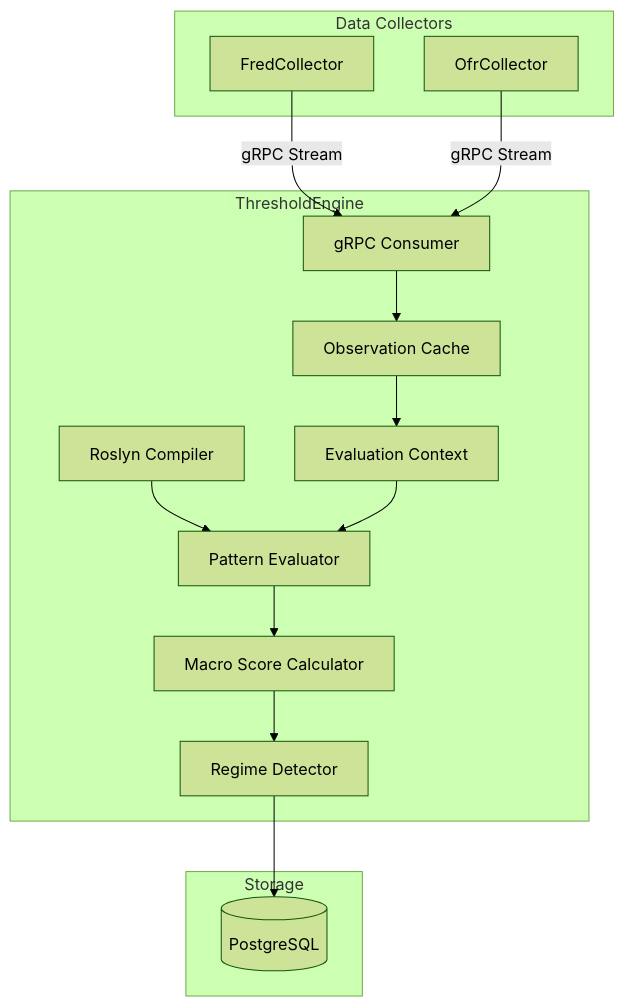
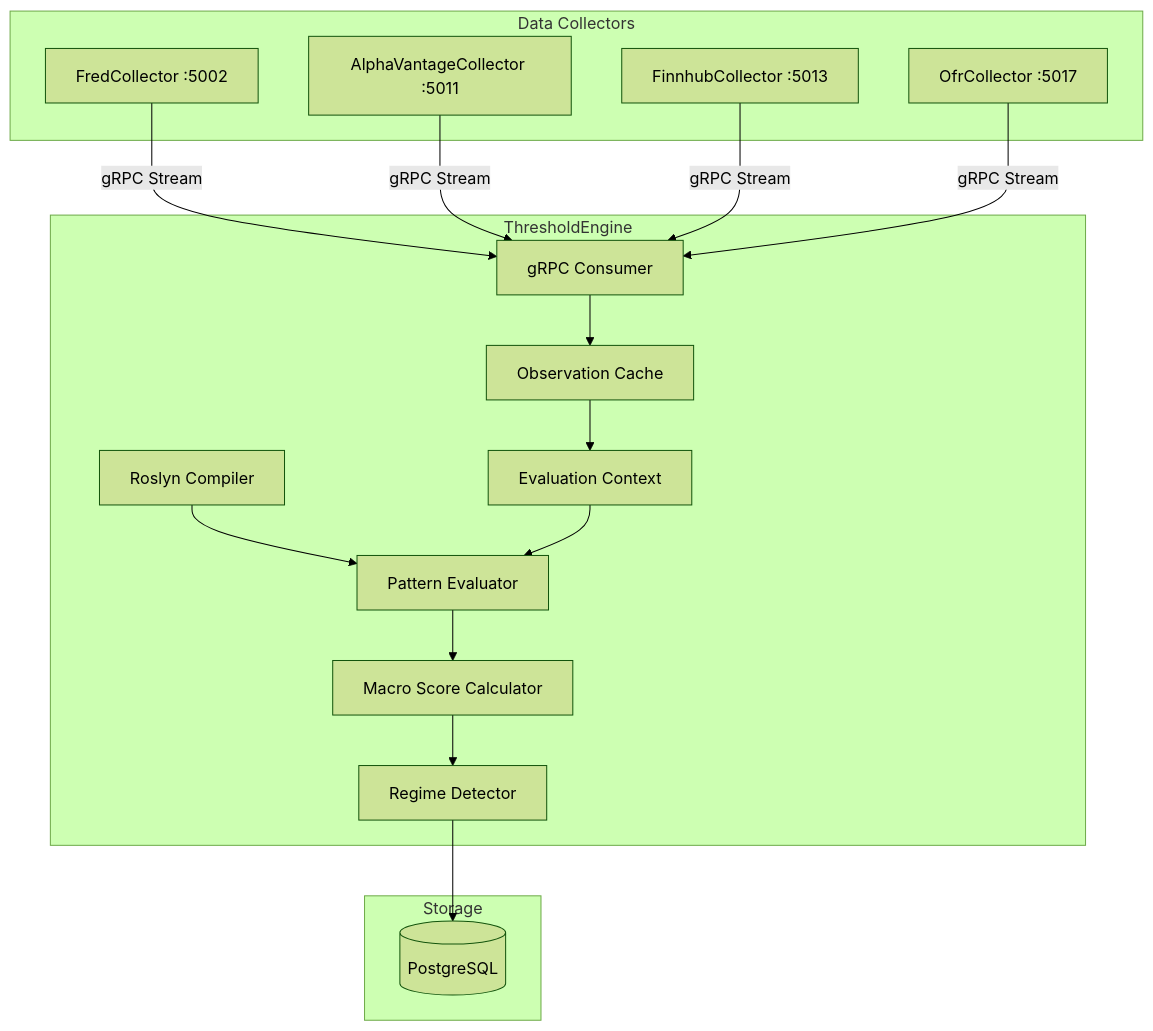
The diagram in ThresholdEngine/README.md (jpansarasa/ATLAS-Docs), drawn with Mermaid (forest theme) before and after one commit. The commit also changed other lines of this file and 4 other files, not shown here.

````diff
--- a/ThresholdEngine/README.md
+++ b/ThresholdEngine/README.md
@@ -13,30 +13,32 @@
 ```mermaid
 flowchart TD
     subgraph Collectors [Data Collectors]
-        FC[FredCollector]
-        OC[OfrCollector]
+        FC[FredCollector :5002]
+        AV[AlphaVantageCollector :5011]
+        FH[FinnhubCollector :5013]
+        OC[OfrCollector :5017]
     end
 
     subgraph Core [ThresholdEngine]
         Consumer[gRPC Consumer]
         Cache[Observation Cache]
         Roslyn[Roslyn Compiler]
         Context[Evaluation Context]
         Evaluator[Pattern Evaluator]
         MacroScore[Macro Score Calculator]
         Regime[Regime Detector]
     end
 
     subgraph Storage
         DB[(PostgreSQL)]
     end
 
-    FC & OC -- gRPC Stream --> Consumer
+    FC & AV & FH & OC -- gRPC Stream --> Consumer
     Consumer --> Cache
     Cache --> Context
     Roslyn --> Evaluator
     Context --> Evaluator
     Evaluator --> MacroScore
     MacroScore --> Regime
     Regime --> DB
 ```
````
